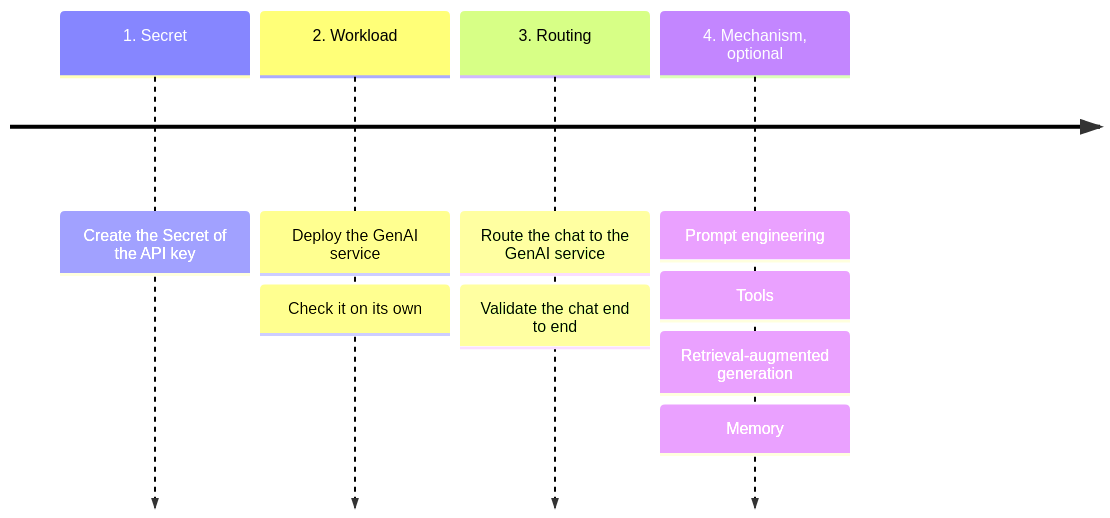
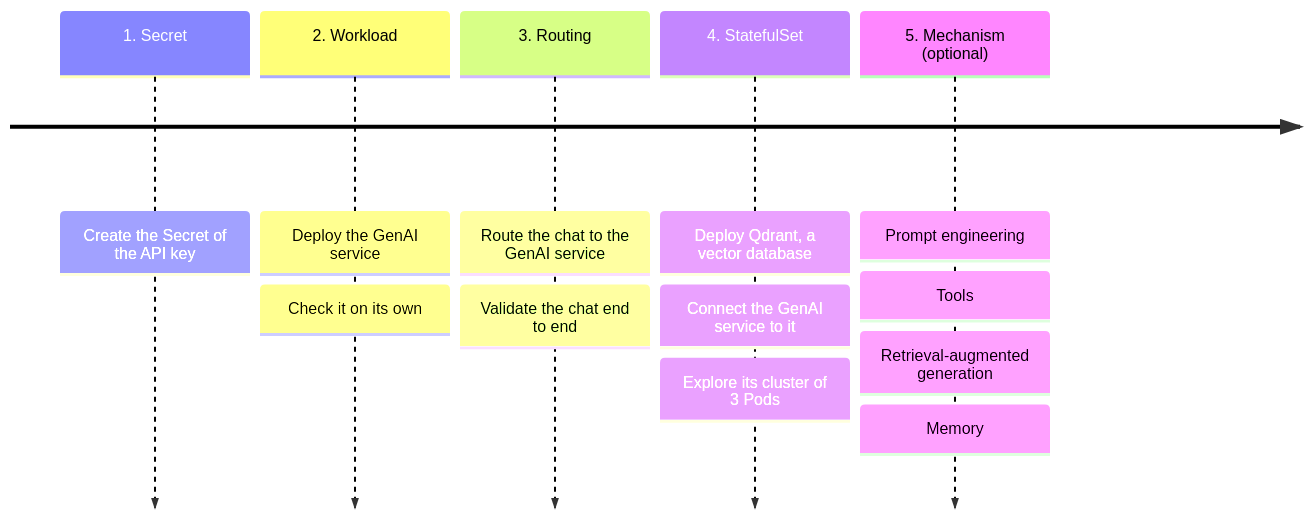
One commit to mincong-classroom/containers changed the diagram in docs/lab-5.md. Above: the diagram before and after it, drawn with Mermaid. The commit also changed other lines of this file and 7 other files, not shown here.

Commit message:
[L4][L5] Add Exercises 3, 5, 6 and 7 to Lab 4, and Qdrant as a StatefulSet to Lab 5 (#25)

````diff
--- a/docs/lab-5.md
+++ b/docs/lab-5.md
@@ -16,16 +17,20 @@
 ``` mermaid
 timeline
     1. Secret
         : Create the Secret of the API key
     2. Workload
         : Deploy the GenAI service
         : Check it on its own
     3. Routing
         : Route the chat to the GenAI service
         : Validate the chat end to end
-    4. Mechanism, optional
+    4. StatefulSet
+        : Deploy Qdrant, a vector database
+        : Connect the GenAI service to it
+        : Explore its cluster of 3 Pods
+    5. Mechanism (optional)
         : Prompt engineering
         : Tools
         : Retrieval-augmented generation
         : Memory
 ```
````
